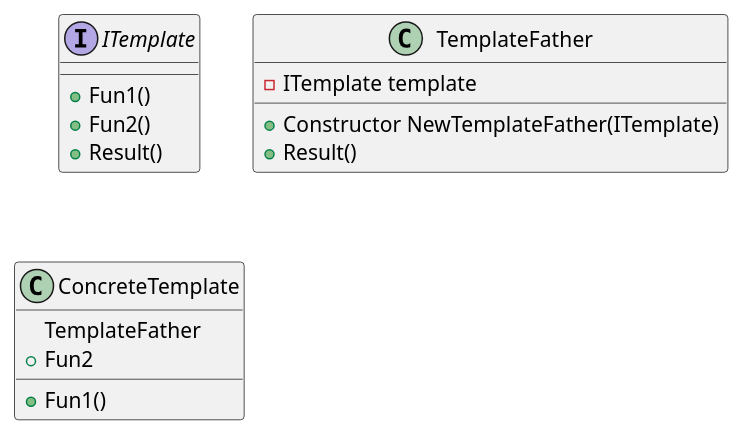
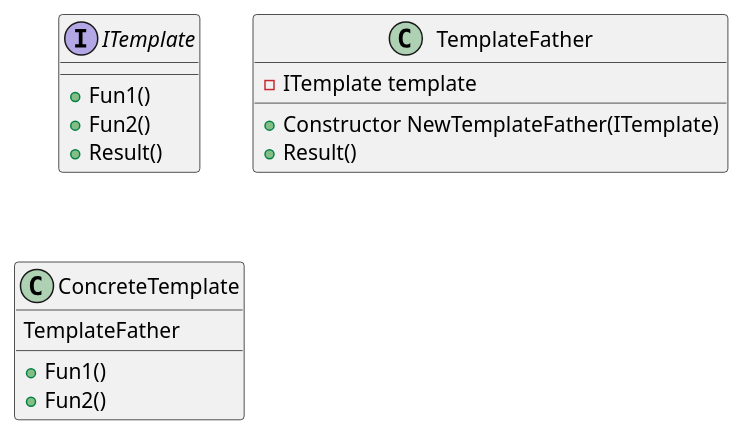
One commit to muliniao/golang-design-pattern changed the diagram in 14_template_method/template.puml. Above: the diagram before and after it, drawn with PlantUML. The commit also changed 7 other files, not shown here.

```diff
--- a/14_template_method/template.puml
+++ b/14_template_method/template.puml
@@ -1,22 +1,22 @@
 @startuml
 'https://plantuml.com/class-diagram
 
 interface ITemplate {
 +Fun1()
 +Fun2()
 +Result()
 }
 
 class TemplateFather {
 -ITemplate template
 +Constructor NewTemplateFather(ITemplate)
 +Result()
 }
 
 class ConcreteTemplate {
 TemplateFather
 +Fun1()
-+Fun2
++Fun2()
 }
 
 @enduml
```
